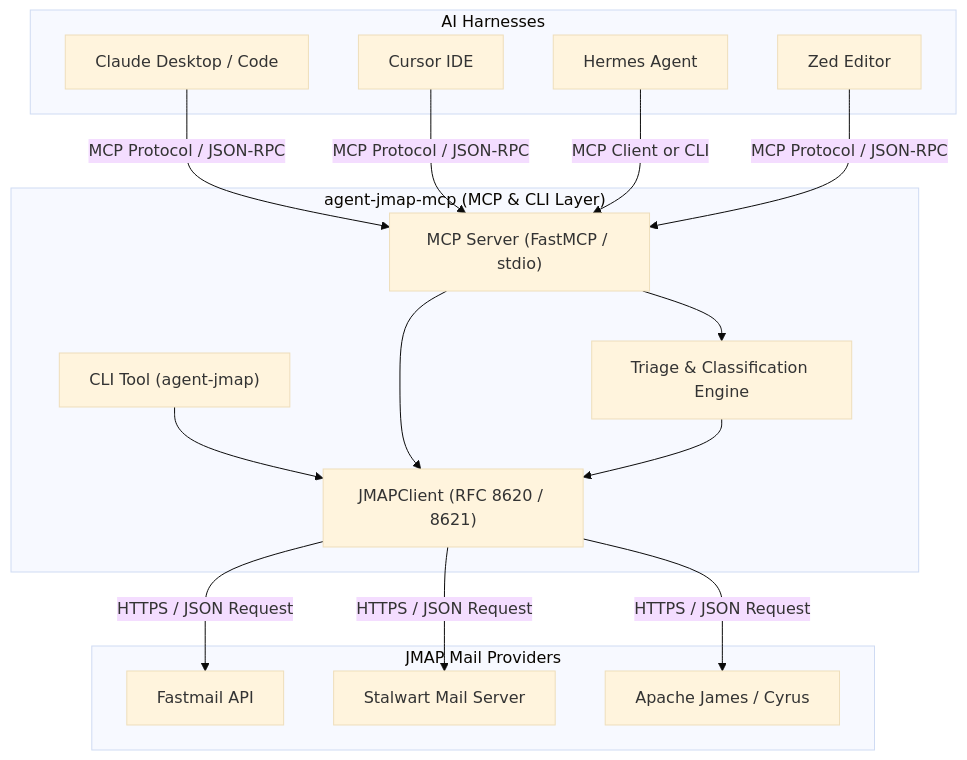
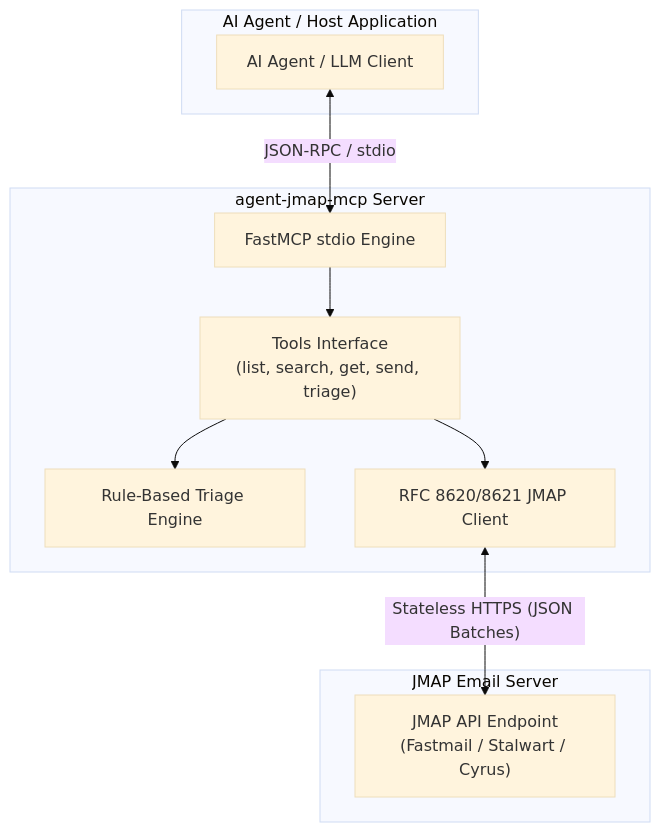
The diagram in README.md (ericmaddox/agent-jmap-mcp), drawn with Mermaid (base theme) before and after one commit. The commit also changed other lines of this file, not shown here.

````diff
--- a/README.md
+++ b/README.md
@@ -42,36 +17,23 @@
 ```mermaid
 flowchart TD
-    subgraph AI Harnesses
-        Claude["Claude Desktop / Code"]
-        Cursor["Cursor IDE"]
-        Hermes["Hermes Agent"]
-        Zed["Zed Editor"]
+    subgraph Host["AI Agent / Host Application"]
+        Agent["AI Agent / LLM Client"]
     end
 
-    subgraph agent-jmap-mcp ["agent-jmap-mcp (MCP & CLI Layer)"]
-        Server["MCP Server (FastMCP / stdio)"]
-        CLI["CLI Tool (agent-jmap)"]
-        TriageEngine["Triage & Classification Engine"]
-        Client["JMAPClient (RFC 8620 / 8621)"]
+    subgraph MCP["agent-jmap-mcp Server"]
+        Server["FastMCP stdio Engine"]
+        Tools["Tools Interface<br/>(list, search, get, send, triage)"]
+        TriageEng["Rule-Based Triage Engine"]
+        Client["RFC 8620/8621 JMAP Client"]
     end
 
-    subgraph JMAP Mail Providers
-        Fastmail["Fastmail API"]
-        Stalwart["Stalwart Mail Server"]
-        James["Apache James / Cyrus"]
+    subgraph Upstream["JMAP Email Server"]
+        JMAPEndpoint["JMAP API Endpoint<br/>(Fastmail / Stalwart / Cyrus)"]
     end
 
-    Claude -->|MCP Protocol / JSON-RPC| Server
-    Cursor -->|MCP Protocol / JSON-RPC| Server
-    Hermes -->|MCP Client or CLI| Server
-    Zed -->|MCP Protocol / JSON-RPC| Server
-
-    CLI --> Client
-    Server --> Client
-    Server --> TriageEngine
-    TriageEngine --> Client
-
-    Client -->|HTTPS / JSON Request| Fastmail
-    Client -->|HTTPS / JSON Request| Stalwart
-    Client -->|HTTPS / JSON Request| James
+    Agent <-->|"JSON-RPC / stdio"| Server
+    Server --> Tools
+    Tools --> TriageEng
+    Tools --> Client
+    Client <-->|"Stateless HTTPS (JSON Batches)"| JMAPEndpoint
 ```
````
